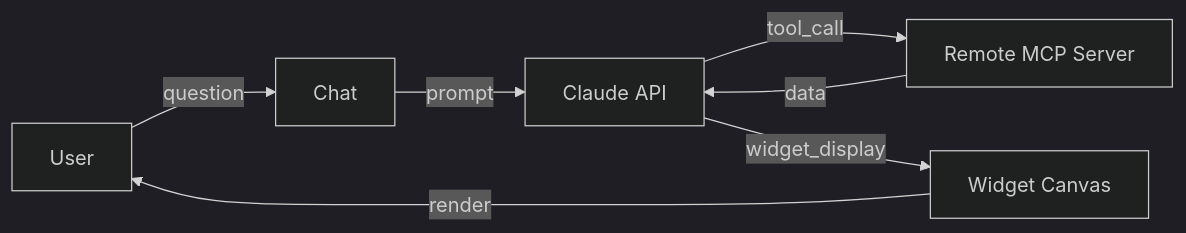
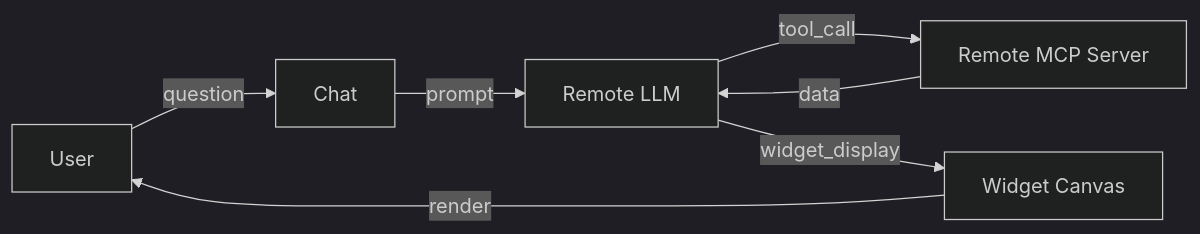
Before and after one commit to jeanbaptiste/webmcp-auto-ui: the first of 3 diagrams in docs-site/src/content/docs/en/tutorials/boilerplate.mdx, drawn with Mermaid (dark theme). The commit also changed other lines of this file and 131 other files, not shown here.

````diff
--- a/docs-site/src/content/docs/en/tutorials/boilerplate.mdx
+++ b/docs-site/src/content/docs/en/tutorials/boilerplate.mdx
@@ -29,9 +29,9 @@
 ```mermaid
 graph LR
     U[User] -->|question| Chat
-    Chat -->|prompt| Claude[Claude API]
-    Claude -->|tool_call| MCP[Remote MCP Server]
-    MCP -->|data| Claude
-    Claude -->|widget_display| Canvas[Widget Canvas]
+    Chat -->|prompt| LLM[Remote LLM]
+    LLM -->|tool_call| MCP[Remote MCP Server]
+    MCP -->|data| LLM
+    LLM -->|widget_display| Canvas[Widget Canvas]
     Canvas -->|render| U
 ```
````
